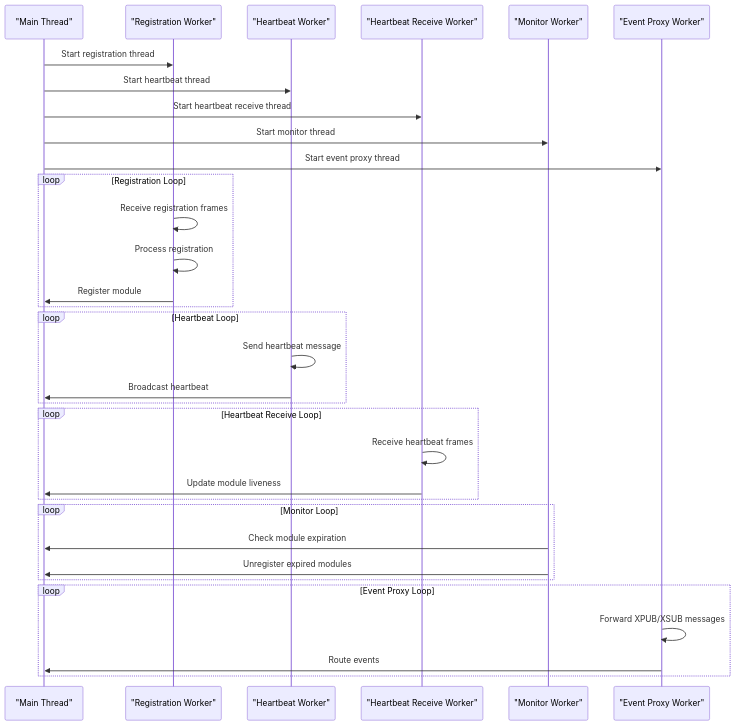
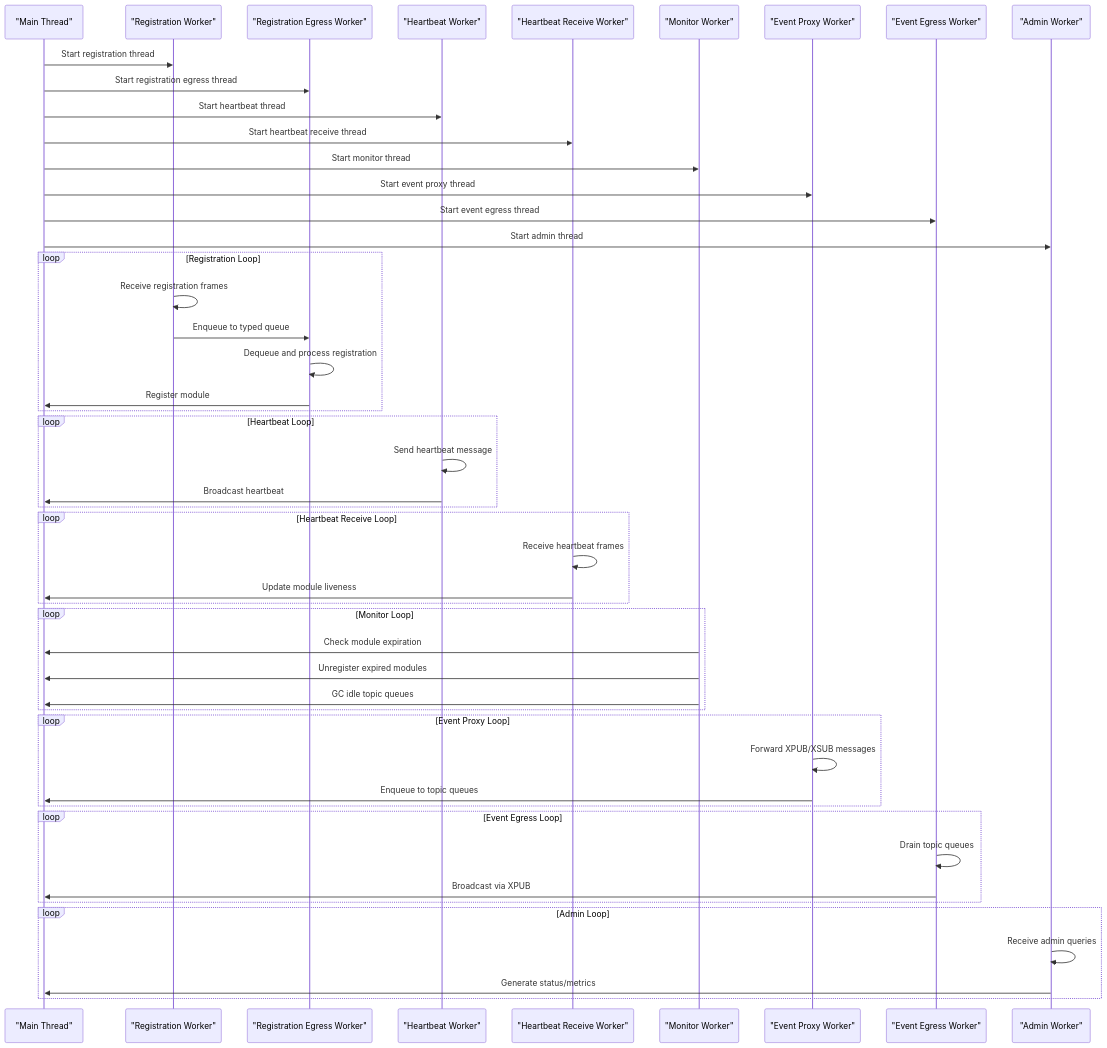
Before and after one commit to zt281/TycheEngine: the fourth of 12 diagrams in .qoder/repowiki/en/content/Core Components/TycheEngine - Central Broker.md, drawn with Mermaid. The commit also changed other lines of this file and 34 other files, not shown here.

````diff
--- a/.qoder/repowiki/en/content/Core Components/TycheEngine - Central Broker.md
+++ b/.qoder/repowiki/en/content/Core Components/TycheEngine - Central Broker.md
@@ -218,35 +285,51 @@
 ```mermaid
 sequenceDiagram
 participant Main as "Main Thread"
 participant Reg as "Registration Worker"
+participant RegEg as "Registration Egress Worker"
 participant HB as "Heartbeat Worker"
 participant HBR as "Heartbeat Receive Worker"
 participant Mon as "Monitor Worker"
 participant EP as "Event Proxy Worker"
+participant EE as "Event Egress Worker"
+participant Admin as "Admin Worker"
 Main->>Reg : Start registration thread
+Main->>RegEg : Start registration egress thread
 Main->>HB : Start heartbeat thread
 Main->>HBR : Start heartbeat receive thread
 Main->>Mon : Start monitor thread
 Main->>EP : Start event proxy thread
+Main->>EE : Start event egress thread
+Main->>Admin : Start admin thread
 loop Registration Loop
 Reg->>Reg : Receive registration frames
-Reg->>Reg : Process registration
-Reg->>Main : Register module
+Reg->>RegEg : Enqueue to typed queue
+RegEg->>RegEg : Dequeue and process registration
+RegEg->>Main : Register module
 end
 loop Heartbeat Loop
 HB->>HB : Send heartbeat message
 HB->>Main : Broadcast heartbeat
 end
 loop Heartbeat Receive Loop
 HBR->>HBR : Receive heartbeat frames
 HBR->>Main : Update module liveness
 end
 loop Monitor Loop
 Mon->>Main : Check module expiration
 Mon->>Main : Unregister expired modules
+Mon->>Main : GC idle topic queues
 end
 loop Event Proxy Loop
 EP->>EP : Forward XPUB/XSUB messages
-EP->>Main : Route events
+EP->>Main : Enqueue to topic queues
+end
+loop Event Egress Loop
+EE->>EE : Drain topic queues
+EE->>Main : Broadcast via XPUB
+end
+loop Admin Loop
+Admin->>Admin : Receive admin queries
+Admin->>Main : Generate status/metrics
 end
 ```
````
